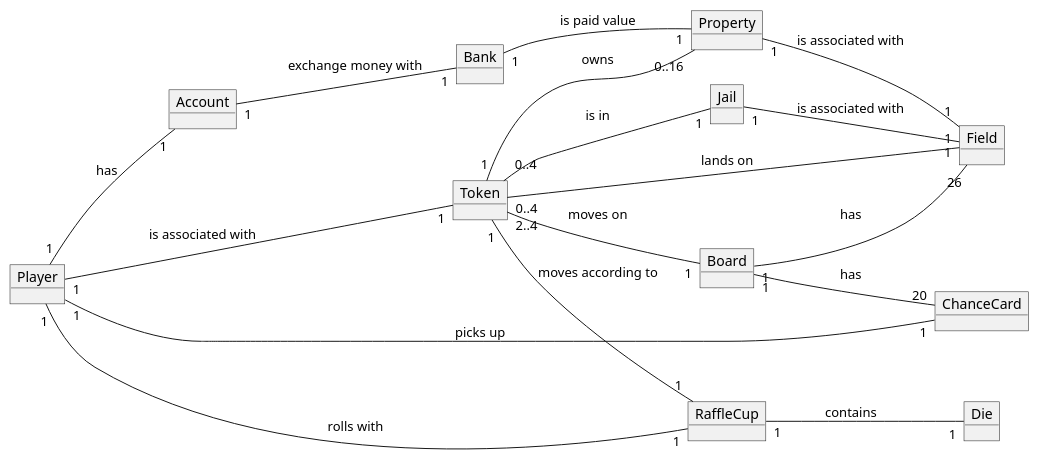
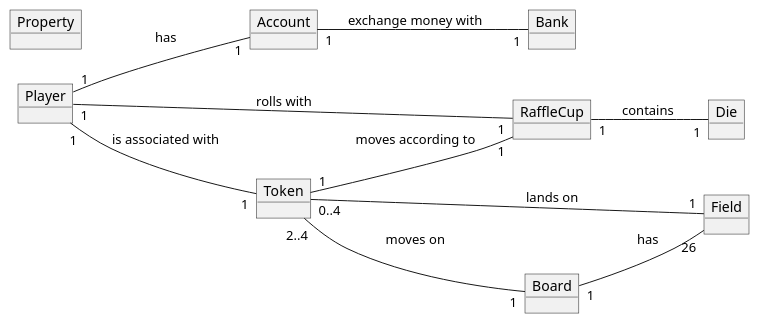
The diagram in documentation/Diagrams/Domain_Model.wsd (DTU-CDIO18/G18-CDIO3), drawn with PlantUML before and after one commit. The commit also changed 3 other files, not shown here.

```diff
--- a/documentation/Diagrams/Domain_Model.wsd
+++ b/documentation/Diagrams/Domain_Model.wsd
@@ -1,34 +1,25 @@
 @startuml Domain_Model
 
 left to right direction
 
 object Account
 object RaffleCup
 object Die
 object Bank
 object Player
-object Jail
 object Field
-object ChanceCard
 object Board
+object Token
 object Property
-object Token
 
 Player"1"--"1"Token: "is associated with"
 Player"1"--"1"Account: "has"
 Player"1" -- "1"RaffleCup: "rolls with"
 RaffleCup"1"-- "1"Die: "contains"
 Board "1"--"26" Field: "has"
 Token "2..4"--"1" Board: "moves on"
 Token"0..4" -- "1"Field: "lands on"
 Account"1"--"1" Bank: "exchange money with"
-Token"1"--"0..16" Property: "owns"
-Property"1" -- "1"Field: "is associated with"
-Board "1"--"20" ChanceCard: "has"
-Player"1" -- "1"ChanceCard: "picks up"
-Jail"1" -- "1"Field: "is associated with"
-Token"0..4" -- "1"Jail: "is in"
 Token"1" -- "1"RaffleCup: "moves according to"
-Bank"1" -- "1"Property: "is paid value"
 
 @enduml
```
